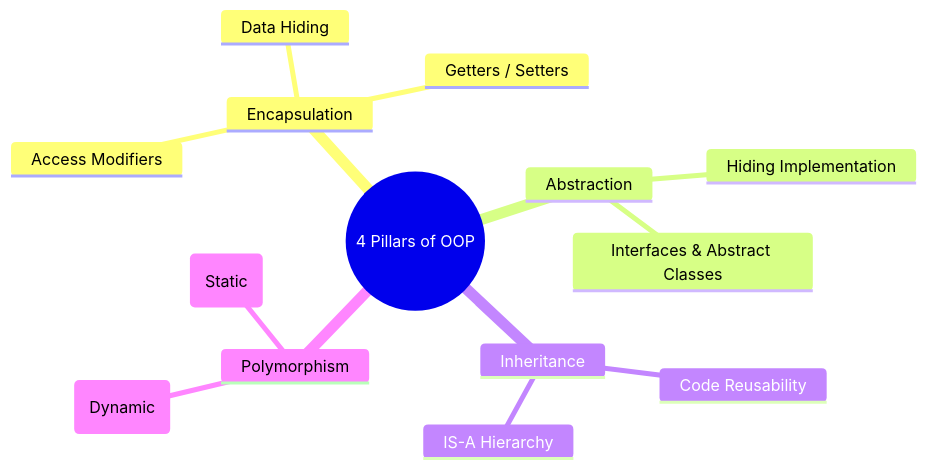
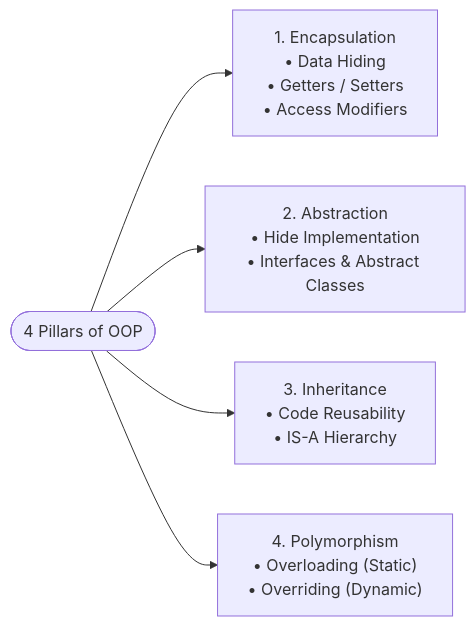
The first of 3 diagrams in 04-OOPs-and-Design-Patterns/OOPS-Notes.md (rohithgowda18/Notes), drawn with Mermaid before and after one commit. The commit also changed other lines of this file and 15 other files, not shown here.

Commit message:
docs: audit Mermaid diagrams, optimize side-by-side layouts, and deduplicate DBMS advanced notes

````diff
--- a/04-OOPs-and-Design-Patterns/OOPS-Notes.md
+++ b/04-OOPs-and-Design-Patterns/OOPS-Notes.md
@@ -27,17 +27,9 @@
 ```mermaid
-mindmap
-  root((4 Pillars of OOP))
-    Encapsulation
-      Data Hiding
-      Getters / Setters
-      Access Modifiers
-    Abstraction
-      Hiding Implementation
-      Interfaces & Abstract Classes
-    Inheritance
-      Code Reusability
-      IS-A Hierarchy
-    Polymorphism
-      Method Overloading (Static)
-      Method Overriding (Dynamic)
+flowchart LR
+    Root(["4 Pillars of OOP"])
+
+    Root --> E["1. Encapsulation<br/>• Data Hiding<br/>• Getters / Setters<br/>• Access Modifiers"]
+    Root --> A["2. Abstraction<br/>• Hide Implementation<br/>• Interfaces & Abstract Classes"]
+    Root --> I["3. Inheritance<br/>• Code Reusability<br/>• IS-A Hierarchy"]
+    Root --> P["4. Polymorphism<br/>• Overloading (Static)<br/>• Overriding (Dynamic)"]
 ```
````
